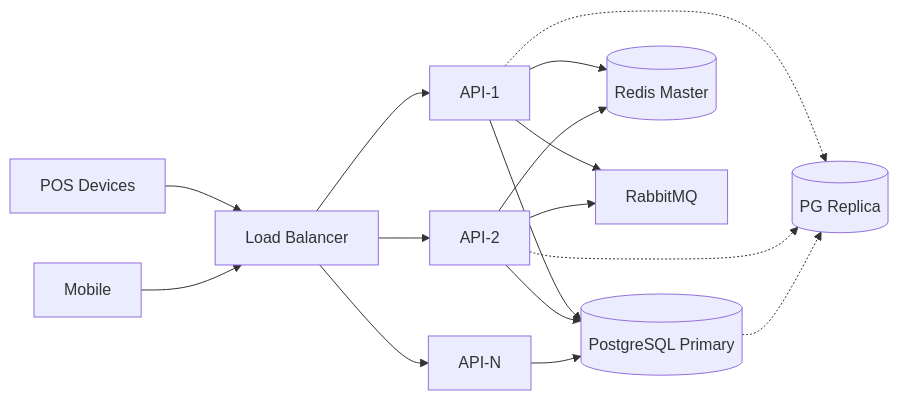
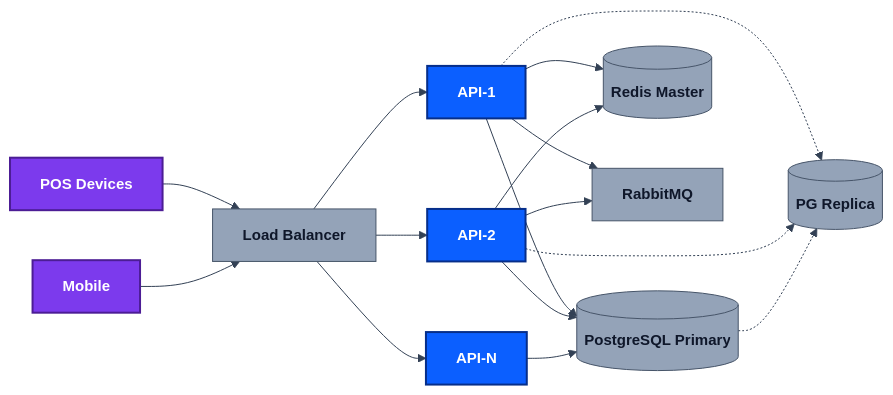
Before and after one commit to infogrambeg/trivue-docs: the fifth of 11 diagrams in README.md, drawn with Mermaid. The commit also changed other lines of this file, not shown here.

First line of the commit message:
Refactor README with updated diagrams and formatting

````diff
--- a/README.md
+++ b/README.md
@@ -184,39 +230,49 @@
 ```mermaid
+%%{init: {'theme': 'base', 'themeVariables': {
+  'background':'#ffffff',
+  'textColor':'#0f172a',
+  'fontSize':'15px',
+  'lineColor':'#334155'
+}}}%%
 graph LR
-    LB[Load Balancer]
+    classDef infra fill:#94a3b8,stroke:#475569,stroke-width:1px,color:#0f172a,font-weight:600
+    classDef api fill:#0b5fff,stroke:#062e8a,stroke-width:2px,color:#ffffff,font-weight:600
+    classDef external fill:#7c3aed,stroke:#4c1d95,stroke-width:2px,color:#ffffff,font-weight:600
 
-    API1[API-1]
-    API2[API-2]
-    API3[API-N]
+    LB[Load Balancer]:::infra
 
-    PG[(PostgreSQL Primary)]
-    PG_R[(PG Replica)]
+    API1[API-1]:::api
+    API2[API-2]:::api
+    API3[API-N]:::api
 
-    Redis[(Redis Master)]
-    RMQ[RabbitMQ]
+    PG[(PostgreSQL Primary)]:::infra
+    PG_R[(PG Replica)]:::infra
 
-    POS[POS Devices]
-    Mobile[Mobile]
+    Redis[(Redis Master)]:::infra
+    RMQ[RabbitMQ]:::infra
+
+    POS[POS Devices]:::external
+    Mobile[Mobile]:::external
 
     LB --> API1
     LB --> API2
     LB --> API3
 
     API1 --> PG
     API2 --> PG
     API3 --> PG
 
     API1 -.-> PG_R
     API2 -.-> PG_R
 
     PG -.-> PG_R
 
     API1 --> Redis
     API2 --> Redis
 
     API1 --> RMQ
     API2 --> RMQ
 
     POS --> LB
     Mobile --> LB
 ```
````
